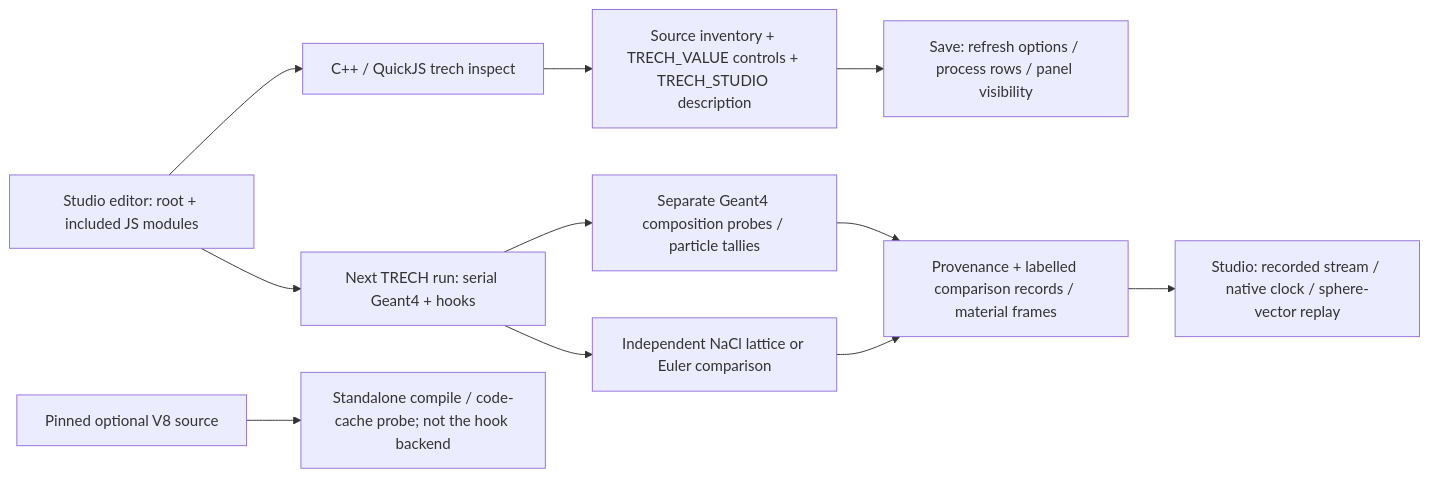
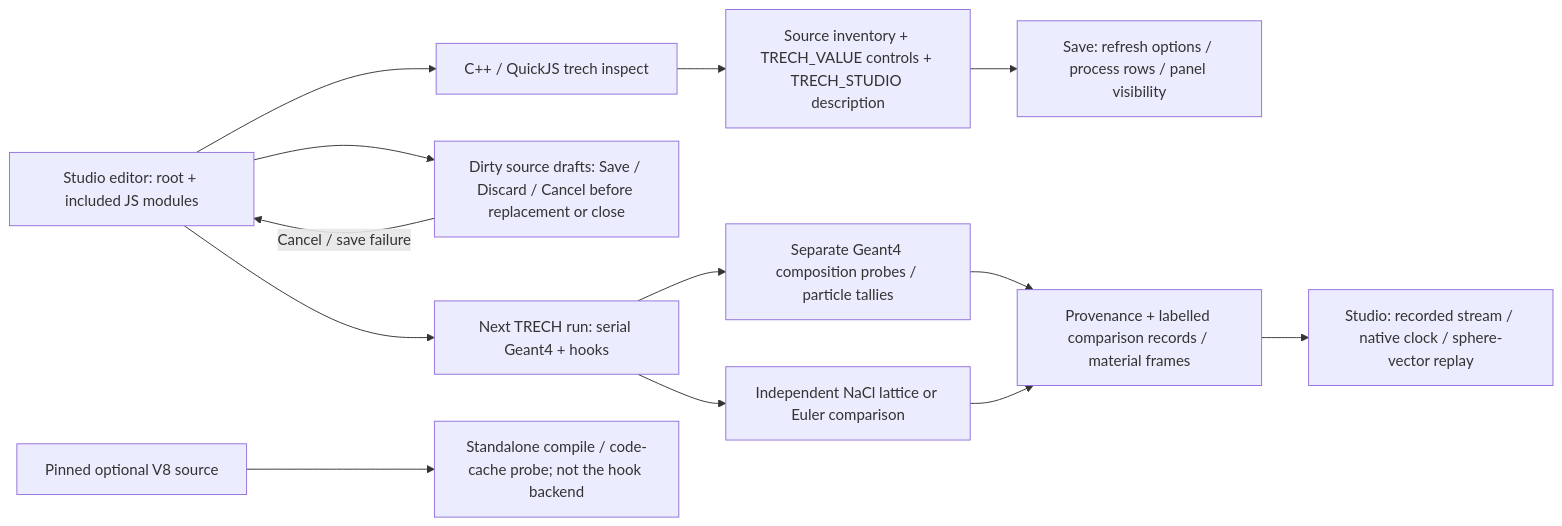
Before and after one commit to Geckos-Ink/trech: the fifth of 38 diagrams in CHARTS.md, drawn with Mermaid. The commit also changed other lines of this file and 23 other files, not shown here.

Commit message:
Enable modern LibTorch builds and protect Studio source drafts

````diff
--- a/CHARTS.md
+++ b/CHARTS.md
@@ -79,13 +79,15 @@
 ```mermaid
 flowchart LR
   E["Studio editor: root + included JS modules"] --> I["C++ / QuickJS trech inspect"]
+  E --> Guard["Dirty source drafts: Save / Discard / Cancel before replacement or close"]
+  Guard -->|"Cancel / save failure"| E
   I --> S["Source inventory + TRECH_VALUE controls + TRECH_STUDIO description"]
   S --> U["Save: refresh options / process rows / panel visibility"]
   E --> R["Next TRECH run: serial Geant4 + hooks"]
   R --> G["Separate Geant4 composition probes / particle tallies"]
   R --> C["Independent NaCl lattice or Euler comparison"]
   G --> O["Provenance + labelled comparison records / material frames"]
   C --> O
   O --> V["Studio: recorded stream / native clock / sphere-vector replay"]
   D["Pinned optional V8 source"] --> P["Standalone compile / code-cache probe; not the hook backend"]
 ```
````
